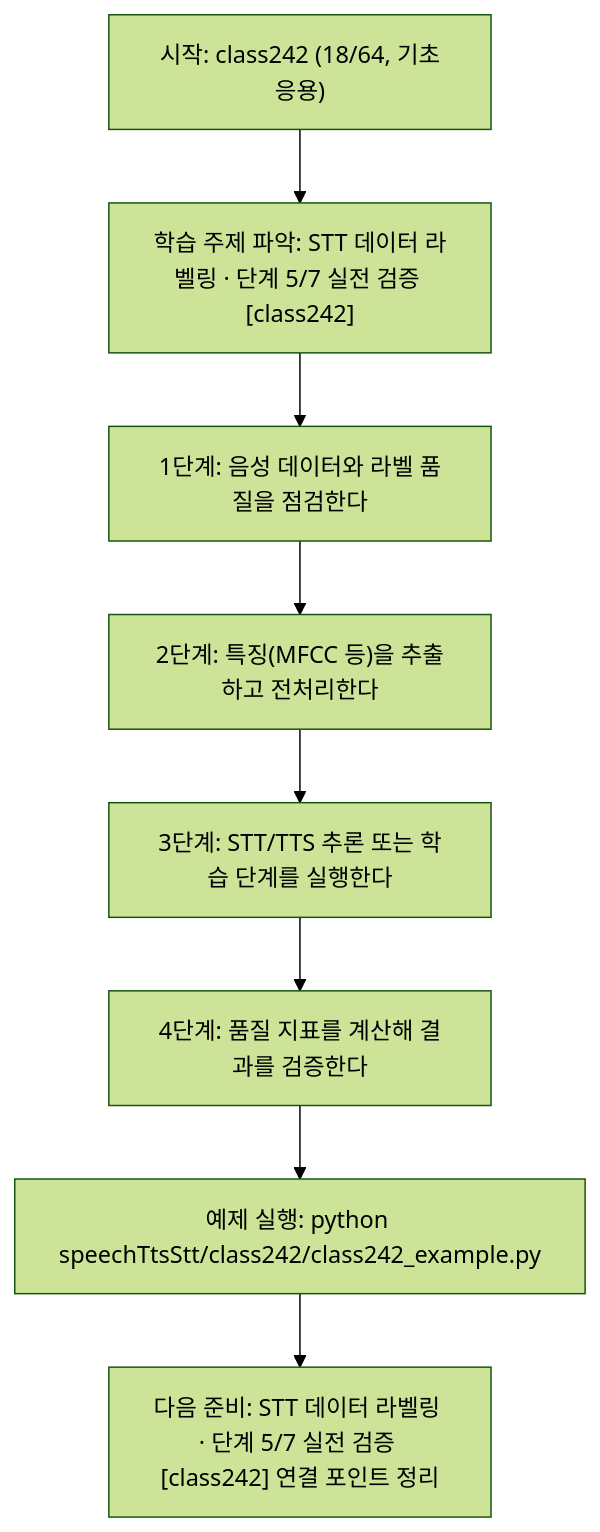
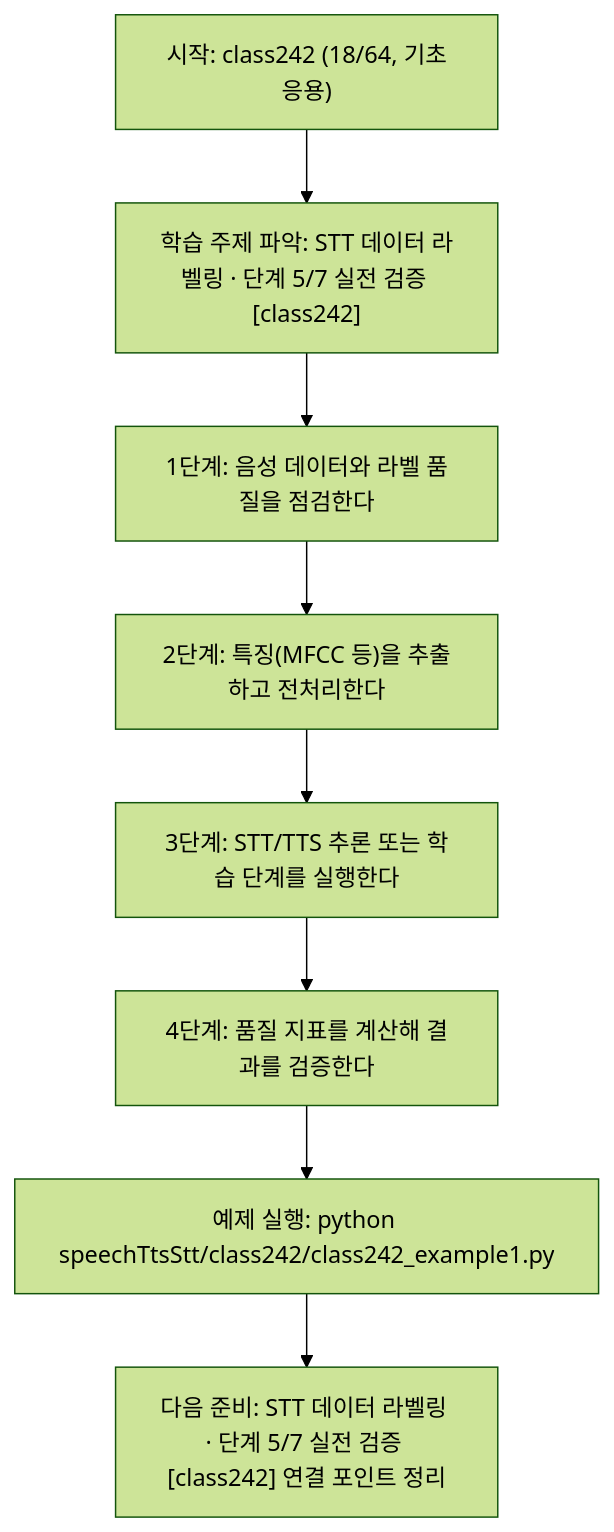
The diagram in speechTtsStt/class242/class242.md (edumgt/Python-AI_Agent-Class), drawn with Mermaid (forest theme) before and after one commit. The commit also changed other lines of this file and 2959 other files, not shown here.

````diff
--- a/speechTtsStt/class242/class242.md
+++ b/speechTtsStt/class242/class242.md
@@ -114,18 +114,18 @@
 ```mermaid
 flowchart TD
 N1["시작: class242 (18/64, 기초응용)"]
 N2["학습 주제 파악: STT 데이터 라벨링 · 단계 5/7 실전 검증 [class242]"]
 N3["1단계: 음성 데이터와 라벨 품질을 점검한다"]
 N4["2단계: 특징(MFCC 등)을 추출하고 전처리한다"]
 N5["3단계: STT/TTS 추론 또는 학습 단계를 실행한다"]
 N6["4단계: 품질 지표를 계산해 결과를 검증한다"]
-N7["예제 실행: python speechTtsStt/class242/class242_example.py"]
+N7["예제 실행: python speechTtsStt/class242/class242_example1.py"]
 N8["다음 준비: STT 데이터 라벨링 · 단계 5/7 실전 검증 [class242] 연결 포인트 정리"]
 N1 --> N2
 N2 --> N3
 N3 --> N4
 N4 --> N5
 N5 --> N6
 N6 --> N7
 N7 --> N8
 ```
````
